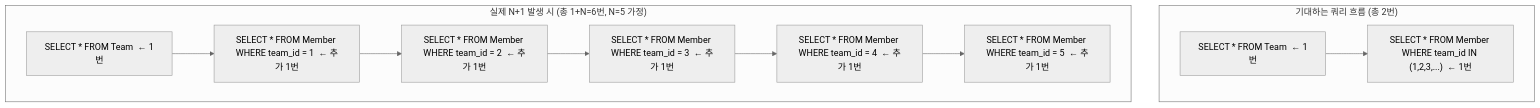
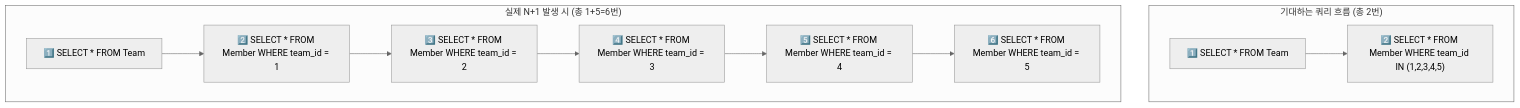
Before and after one commit to yjkim2015/yjkim2015.github.io: the first of 6 diagrams in _posts/jpa/2026-05-01-jpa-n-plus-1.md, drawn with Mermaid (neutral theme). The commit also changed other lines of this file and 92 other files, not shown here.

First line of the commit message:
Major quality rewrite: 98 files, Mermaid fix, extreme-scenario component

````diff
--- a/_posts/jpa/2026-05-01-jpa-n-plus-1.md
+++ b/_posts/jpa/2026-05-01-jpa-n-plus-1.md
@@ -20,17 +21,17 @@
-<div class="mermaid">
+```mermaid
 graph TD
-    subgraph 기대["기대하는 쿼리 흐름 (총 2번)"]
-        Q1["SELECT * FROM Team  ← 1번"]
-        Q2["SELECT * FROM Member WHERE team_id IN (1,2,3,...)  ← 1번"]
+    subgraph EXPECT["기대하는 쿼리 흐름 (총 2번)"]
+        Q1["1️⃣ SELECT * FROM Team"]
+        Q2["2️⃣ SELECT * FROM Member WHERE team_id IN (1,2,3,4,5)"]
         Q1 --> Q2
     end
-    subgraph actual["실제 N+1 발생 시 (총 1+N=6번, N=5 가정)"]
-        R1["SELECT * FROM Team  ← 1번"]
-        R2["SELECT * FROM Member WHERE team_id = 1  ← 추가 1번"]
-        R3["SELECT * FROM Member WHERE team_id = 2  ← 추가 1번"]
-        R4["SELECT * FROM Member WHERE team_id = 3  ← 추가 1번"]
-        R5["SELECT * FROM Member WHERE team_id = 4  ← 추가 1번"]
-        R6["SELECT * FROM Member WHERE team_id = 5  ← 추가 1번"]
+    subgraph ACTUAL["실제 N+1 발생 시 (총 1+5=6번)"]
+        R1["1️⃣ SELECT * FROM Team"]
+        R2["2️⃣ SELECT * FROM Member WHERE team_id = 1"]
+        R3["3️⃣ SELECT * FROM Member WHERE team_id = 2"]
+        R4["4️⃣ SELECT * FROM Member WHERE team_id = 3"]
+        R5["5️⃣ SELECT * FROM Member WHERE team_id = 4"]
+        R6["6️⃣ SELECT * FROM Member WHERE team_id = 5"]
         R1 --> R2 --> R3 --> R4 --> R5 --> R6
     end
-</div>
+```
````
